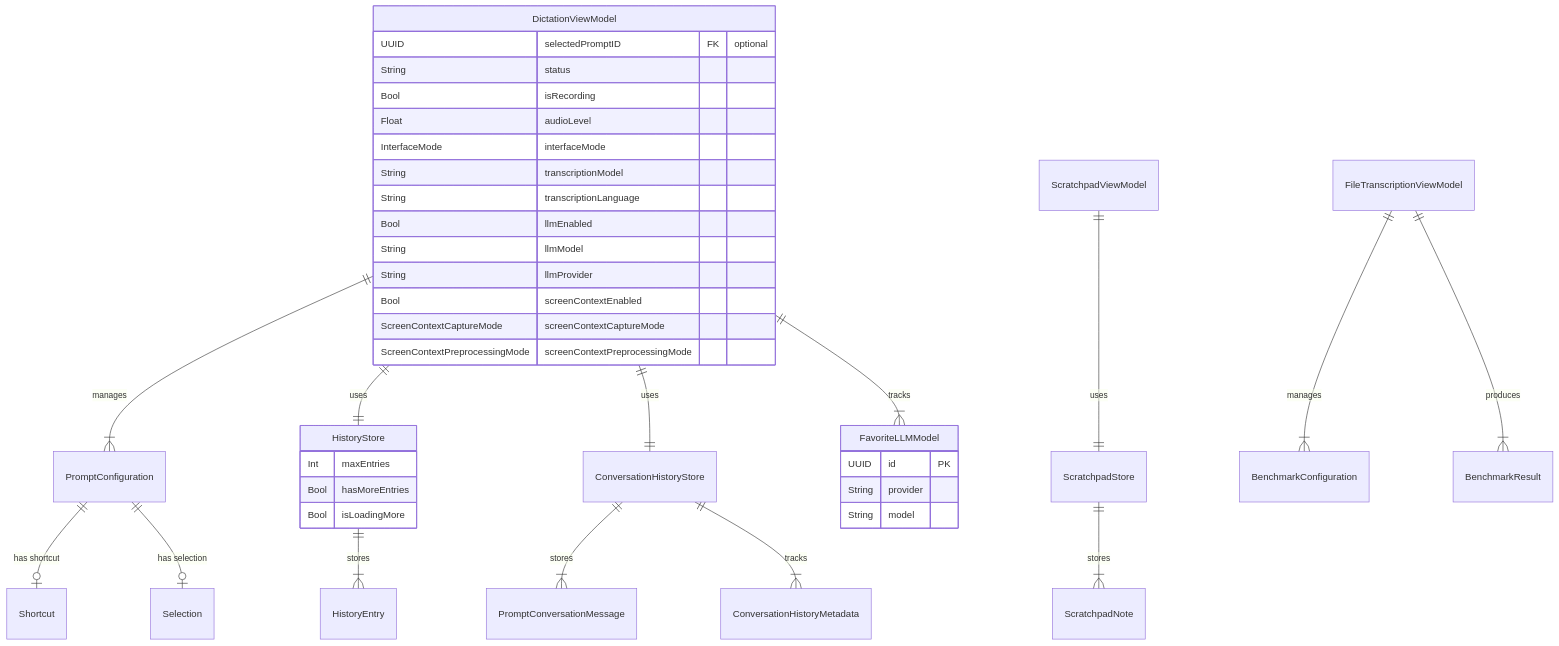
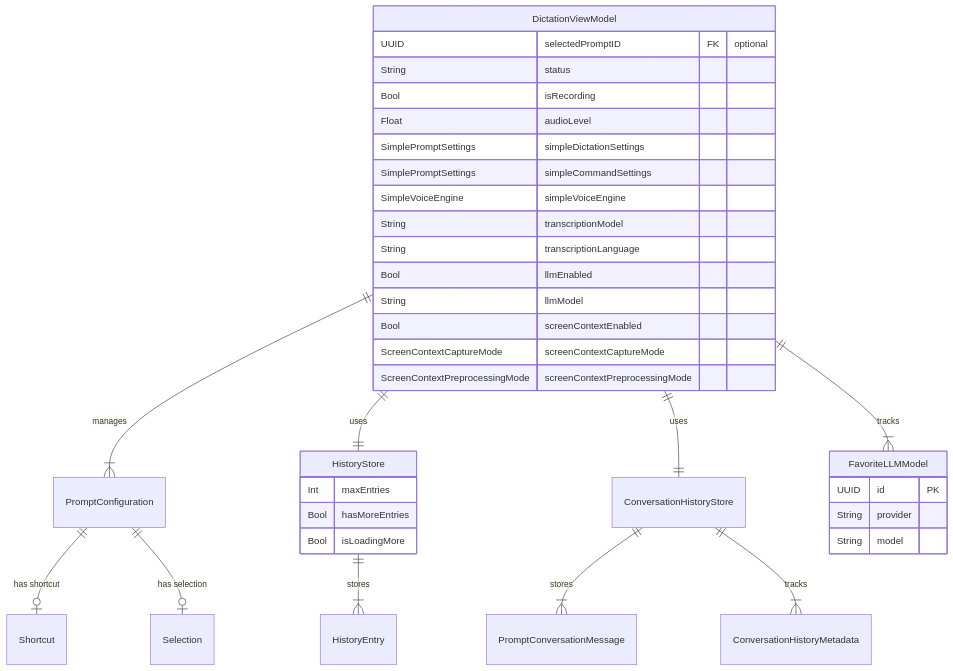
One commit to dkapo88/WonderWhisper-macOS changed the seventh of 10 diagrams in datamodel.md. Above: the diagram before and after it, drawn with Mermaid. The commit also changed other lines of this file and 39 other files, not shown here.

````diff
--- a/datamodel.md
+++ b/datamodel.md
@@ -298,49 +249,44 @@
 ```mermaid
 erDiagram
     DictationViewModel ||--|{ PromptConfiguration : "manages"
     DictationViewModel ||--|| HistoryStore : "uses"
     DictationViewModel ||--|| ConversationHistoryStore : "uses"
     DictationViewModel ||--|{ FavoriteLLMModel : "tracks"
     
     HistoryStore ||--|{ HistoryEntry : "stores"
-    
-    ScratchpadViewModel ||--|| ScratchpadStore : "uses"
-    ScratchpadStore ||--|{ ScratchpadNote : "stores"
-    
-    FileTranscriptionViewModel ||--|{ BenchmarkConfiguration : "manages"
-    FileTranscriptionViewModel ||--|{ BenchmarkResult : "produces"
     
     ConversationHistoryStore ||--|{ PromptConversationMessage : "stores"
     ConversationHistoryStore ||--|{ ConversationHistoryMetadata : "tracks"
     
     PromptConfiguration ||--o| Shortcut : "has shortcut"
     PromptConfiguration ||--o| Selection : "has selection"
     
     DictationViewModel {
         UUID selectedPromptID FK "optional"
         String status
         Bool isRecording
         Float audioLevel
-        InterfaceMode interfaceMode
+        SimplePromptSettings simpleDictationSettings
+        SimplePromptSettings simpleCommandSettings
+        SimpleVoiceEngine simpleVoiceEngine
         String transcriptionModel
         String transcriptionLanguage
         Bool llmEnabled
         String llmModel
-        String llmProvider
         Bool screenContextEnabled
         ScreenContextCaptureMode screenContextCaptureMode
         ScreenContextPreprocessingMode screenContextPreprocessingMode
     }
     
     HistoryStore {
         Int maxEntries
         Bool hasMoreEntries
         Bool isLoadingMore
     }
     
     FavoriteLLMModel {
         UUID id PK
         String provider
         String model
     }
 ```
````
